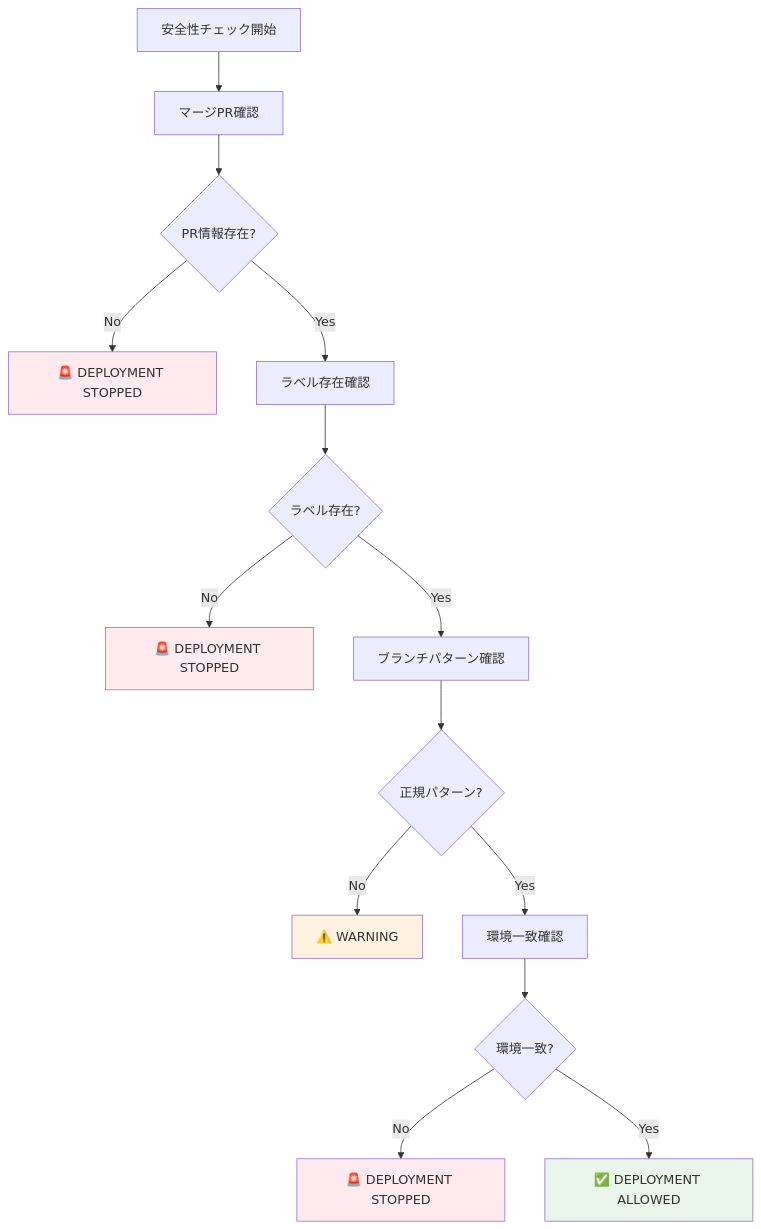
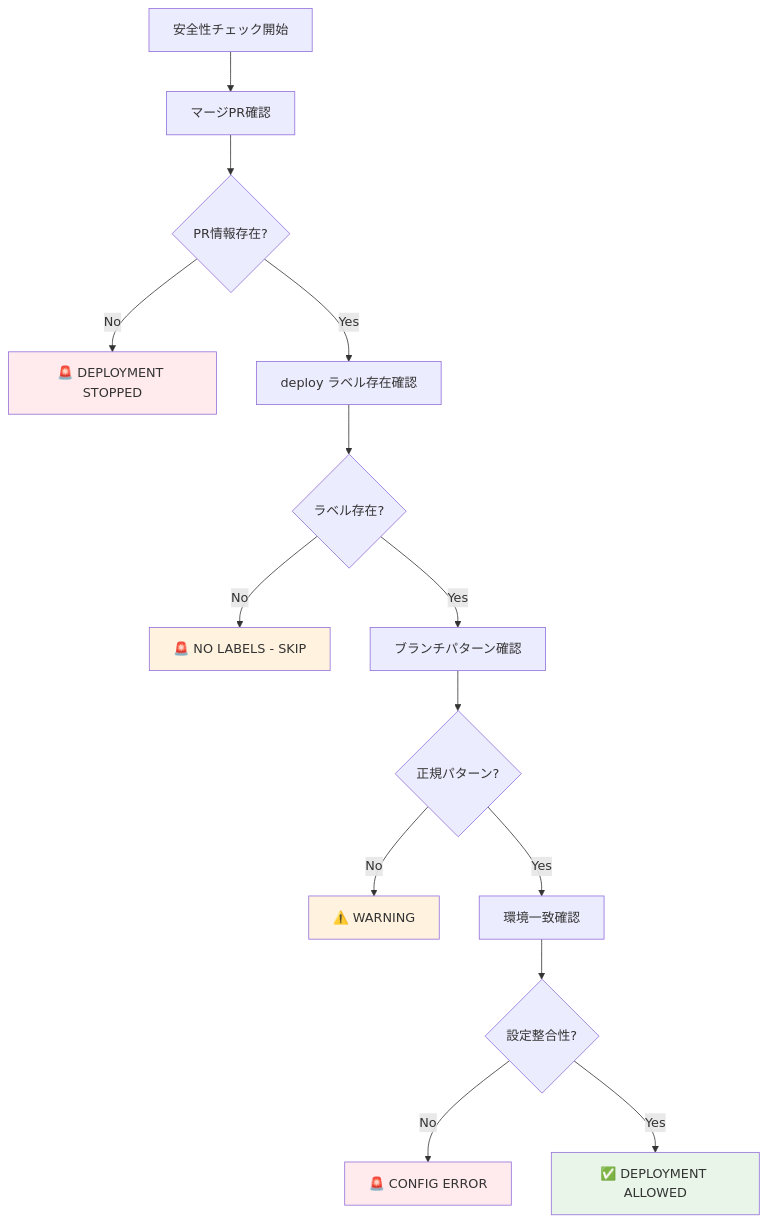
One commit to panicboat/monorepo changed the fourth of 4 diagrams in .github/scripts/deploy-trigger/README.md. Above: the diagram before and after it, drawn with Mermaid. The commit also changed other lines of this file and 5 other files, not shown here.

````diff
--- a/.github/scripts/deploy-trigger/README.md
+++ b/.github/scripts/deploy-trigger/README.md
@@ -100,26 +118,26 @@
 ```mermaid
 graph TD
     A[安全性チェック開始] --> B[マージPR確認]
     B --> C{PR情報存在?}
 
     C -->|No| D[🚨 DEPLOYMENT STOPPED]
-    C -->|Yes| E[ラベル存在確認]
+    C -->|Yes| E[deploy ラベル存在確認]
 
     E --> F{ラベル存在?}
-    F -->|No| G[🚨 DEPLOYMENT STOPPED]
+    F -->|No| G[🚨 NO LABELS - SKIP]
     F -->|Yes| H[ブランチパターン確認]
 
     H --> I{正規パターン?}
     I -->|No| J[⚠️ WARNING]
     I -->|Yes| K[環境一致確認]
 
-    K --> L{環境一致?}
-    L -->|No| M[🚨 DEPLOYMENT STOPPED]
+    K --> L{設定整合性?}
+    L -->|No| M[🚨 CONFIG ERROR]
     L -->|Yes| N[✅ DEPLOYMENT ALLOWED]
 
     style D fill:#ffebee
-    style G fill:#ffebee
+    style G fill:#fff3e0
     style J fill:#fff3e0
     style M fill:#ffebee
     style N fill:#e8f5e8
 ```
````
